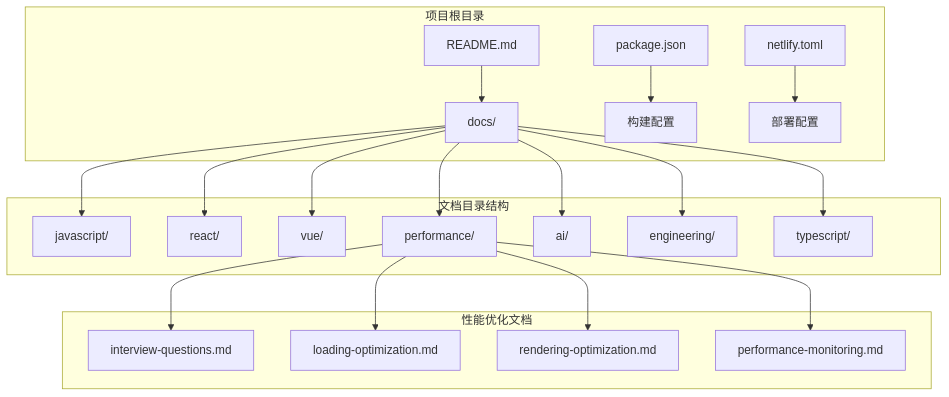
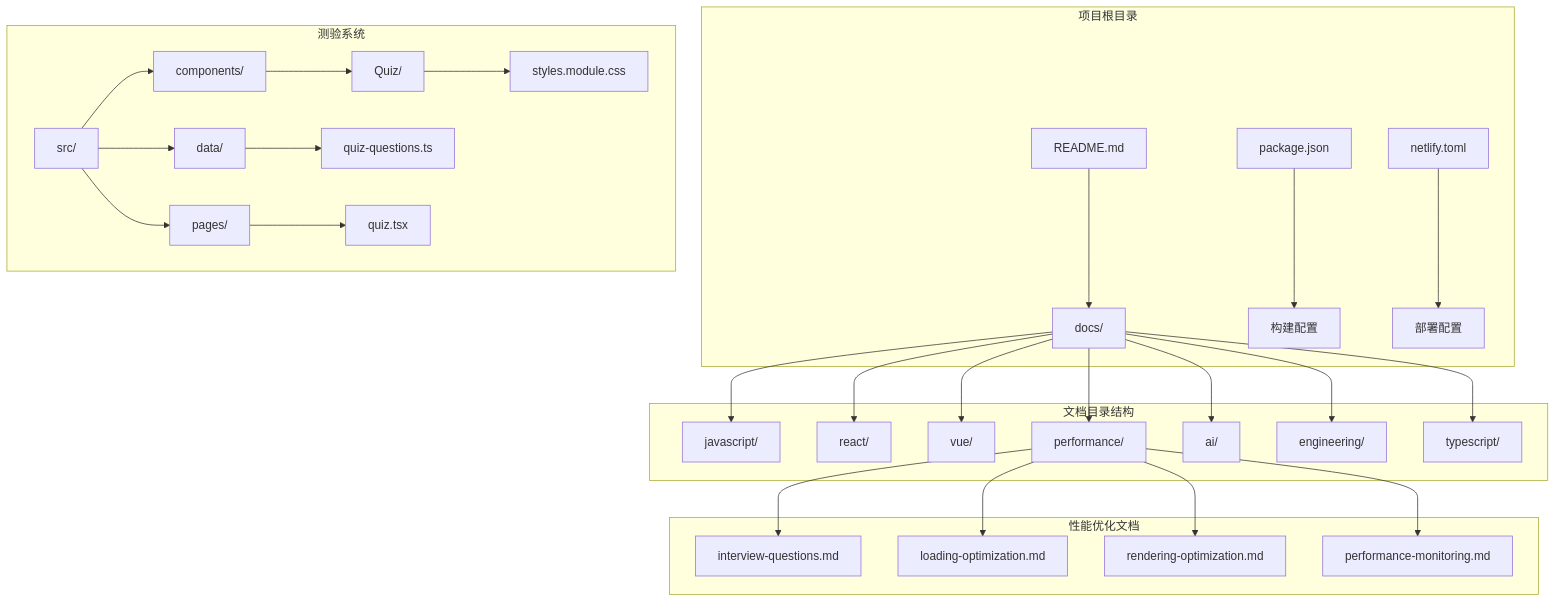
One commit to UnicornXU/knowledge-base changed the first of 11 diagrams in .qoder/repowiki/zh/content/前端性能优化/性能优化面试题精选.md. Above: the diagram before and after it, drawn with Mermaid. The commit also changed other lines of this file and 4 other files, not shown here.

````diff
--- a/.qoder/repowiki/zh/content/前端性能优化/性能优化面试题精选.md
+++ b/.qoder/repowiki/zh/content/前端性能优化/性能优化面试题精选.md
@@ -41,23 +59,32 @@
 ```mermaid
 graph TB
 subgraph "项目根目录"
 A[README.md] --> B[docs/]
 C[package.json] --> D[构建配置]
 E[netlify.toml] --> F[部署配置]
 end
 subgraph "文档目录结构"
 B --> G[javascript/]
 B --> H[react/]
 B --> I[vue/]
 B --> J[performance/]
 B --> K[ai/]
 B --> L[engineering/]
 B --> M[typescript/]
 end
 subgraph "性能优化文档"
 J --> N[interview-questions.md]
 J --> O[loading-optimization.md]
 J --> P[rendering-optimization.md]
 J --> Q[performance-monitoring.md]
 end
+subgraph "测验系统"
+R[src/] --> S[components/]
+R --> T[data/]
+R --> U[pages/]
+S --> V[Quiz/]
+V --> W[styles.module.css]
+T --> X[quiz-questions.ts]
+U --> Y[quiz.tsx]
+end
 ```
````
